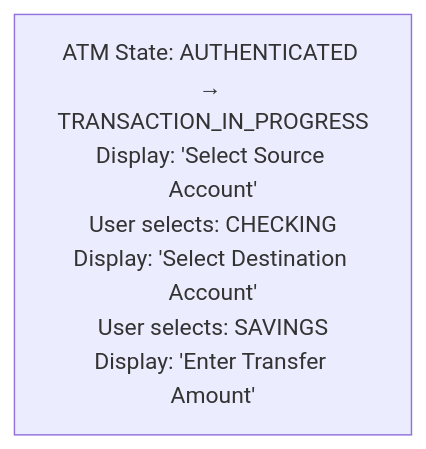
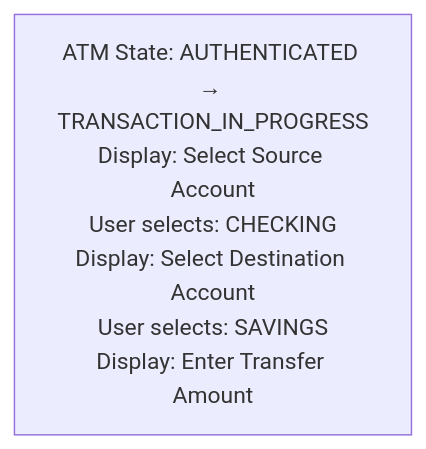
Before and after one commit to Prateeshtalasu/SystemDesignGuide: the first of 13 diagrams in Phase-08-Low-Level-Design/04-atm-system/03-simulation-testing.md, drawn with Mermaid. The commit also changed other lines of this file and 171 other files, not shown here.

Commit message:
Convert ASCII diagrams to Mermaid in Phase-08-Low-Level-Design - Converted 2 ASCII diagrams (library-management state transition, elevator-system class diagram) to Mermaid - Validated all 100 existing Mermaid diagrams - Wrapped ASCII diagrams in collapsible details blocks for reference

````diff
--- a/Phase-08-Low-Level-Design/04-atm-system/03-simulation-testing.md
+++ b/Phase-08-Low-Level-Design/04-atm-system/03-simulation-testing.md
@@ -72,4 +72,4 @@
 ```mermaid
 flowchart TD
-    A["ATM State: AUTHENTICATED → TRANSACTION_IN_PROGRESS<br/>Display: 'Select Source Account'<br/>User selects: CHECKING<br/>Display: 'Select Destination Account'<br/>User selects: SAVINGS<br/>Display: 'Enter Transfer Amount'"]
+    A["ATM State: AUTHENTICATED → TRANSACTION_IN_PROGRESS<br/>Display: Select Source Account<br/>User selects: CHECKING<br/>Display: Select Destination Account<br/>User selects: SAVINGS<br/>Display: Enter Transfer Amount"]
 ```
````
